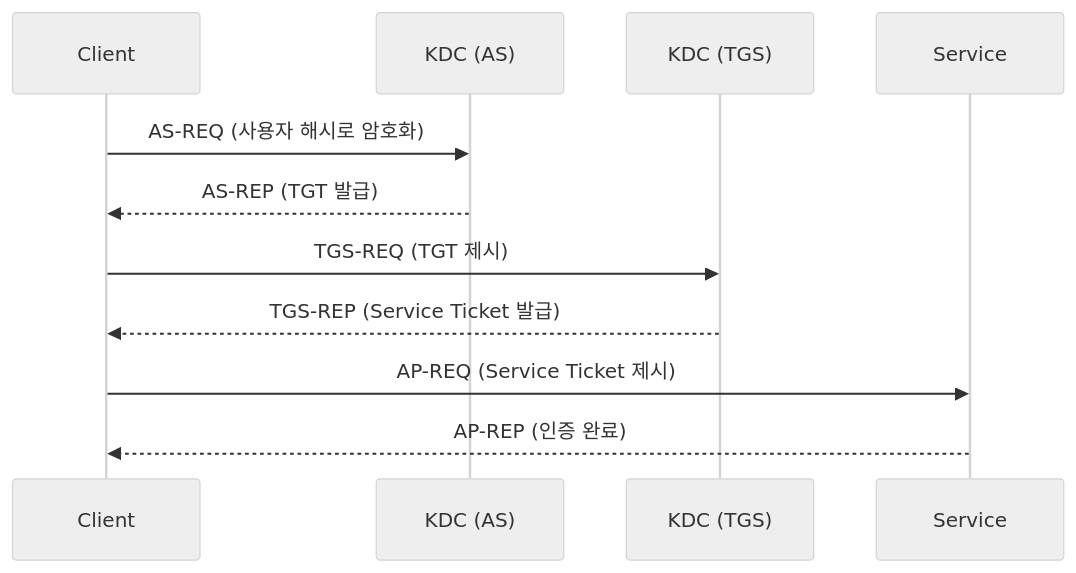
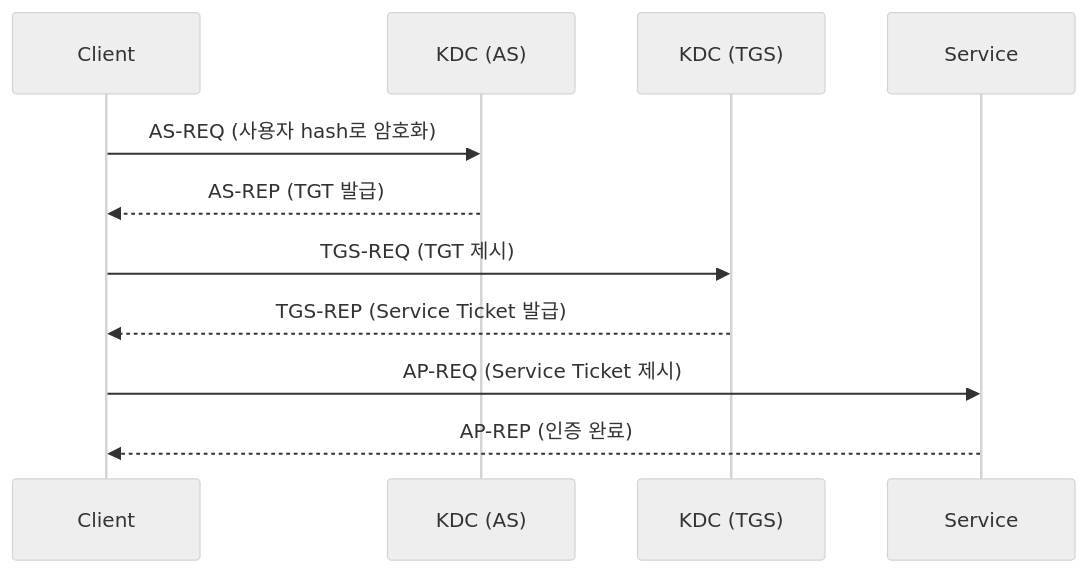
Before and after one commit to STEALIEN-RED/docs-redteam-cheatsheet: the diagram in docs/protocols/kerberos.md, drawn with Mermaid (neutral theme). The commit also changed other lines of this file and 91 other files, not shown here.

````diff
--- a/docs/protocols/kerberos.md
+++ b/docs/protocols/kerberos.md
@@ -5,13 +5,13 @@
 ```mermaid
 sequenceDiagram
     participant C as Client
     participant AS as KDC (AS)
     participant TGS as KDC (TGS)
     participant S as Service
-    C->>AS: AS-REQ (사용자 해시로 암호화)
+    C->>AS: AS-REQ (사용자 hash로 암호화)
     AS-->>C: AS-REP (TGT 발급)
     C->>TGS: TGS-REQ (TGT 제시)
     TGS-->>C: TGS-REP (Service Ticket 발급)
     C->>S: AP-REQ (Service Ticket 제시)
     S-->>C: AP-REP (인증 완료)
 ```
````
